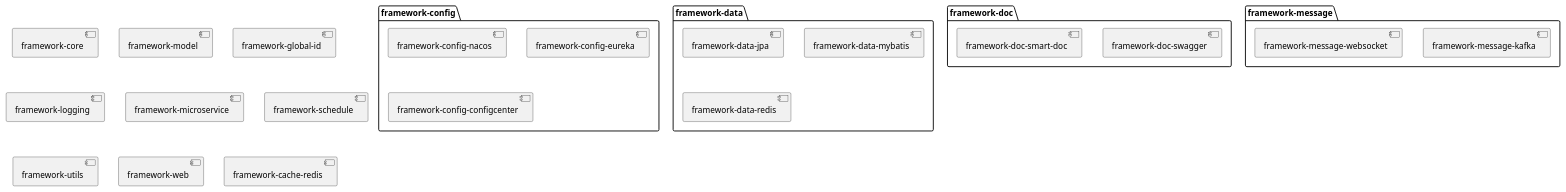
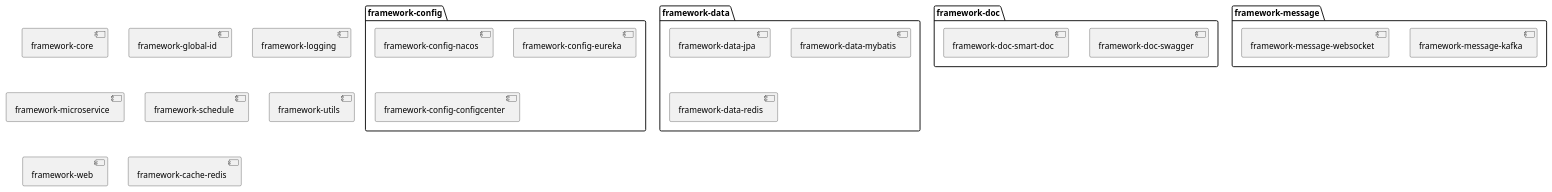
Before and after one commit to caijh/framework: the diagram in puml/framework.component.puml, drawn with PlantUML. The commit also changed 11 other files, not shown here.

Commit message:
chore: mv framework-model to core.

```diff
--- a/puml/framework.component.puml
+++ b/puml/framework.component.puml
@@ -1,33 +1,32 @@
 @startuml
 'https://plantuml.com/component-diagram
 
 [framework-core]
-[framework-model]
 
 package "framework-config" {
   [framework-config-nacos]
   [framework-config-eureka]
   [framework-config-configcenter]
 }
 
 package framework-data {
   [framework-data-jpa]
   [framework-data-mybatis]
   [framework-data-redis]
 }
 package framework-doc {
   [framework-doc-swagger]
   [framework-doc-smart-doc]
 }
 [framework-global-id]
 [framework-logging]
 package framework-message {
   [framework-message-kafka]
   [framework-message-websocket]
 }
 [framework-microservice]
 [framework-schedule]
 [framework-utils]
 [framework-web]
 [framework-cache-redis]
 @enduml
```
